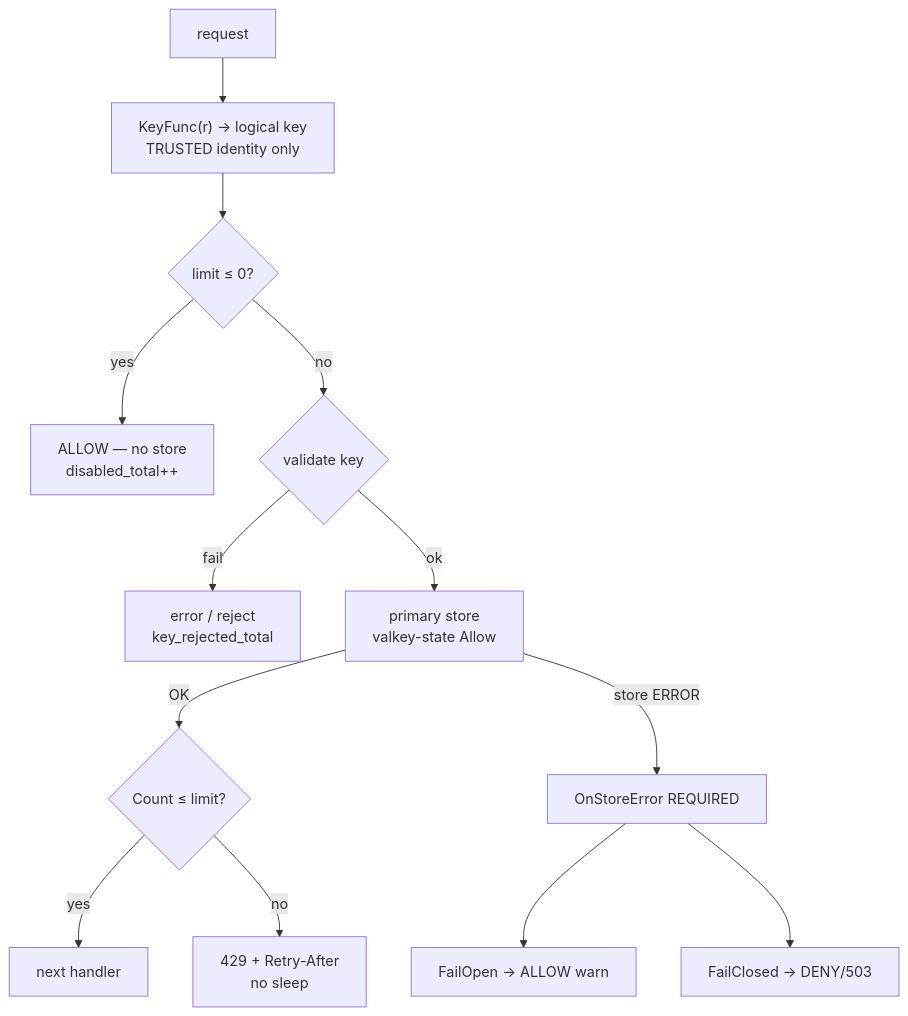
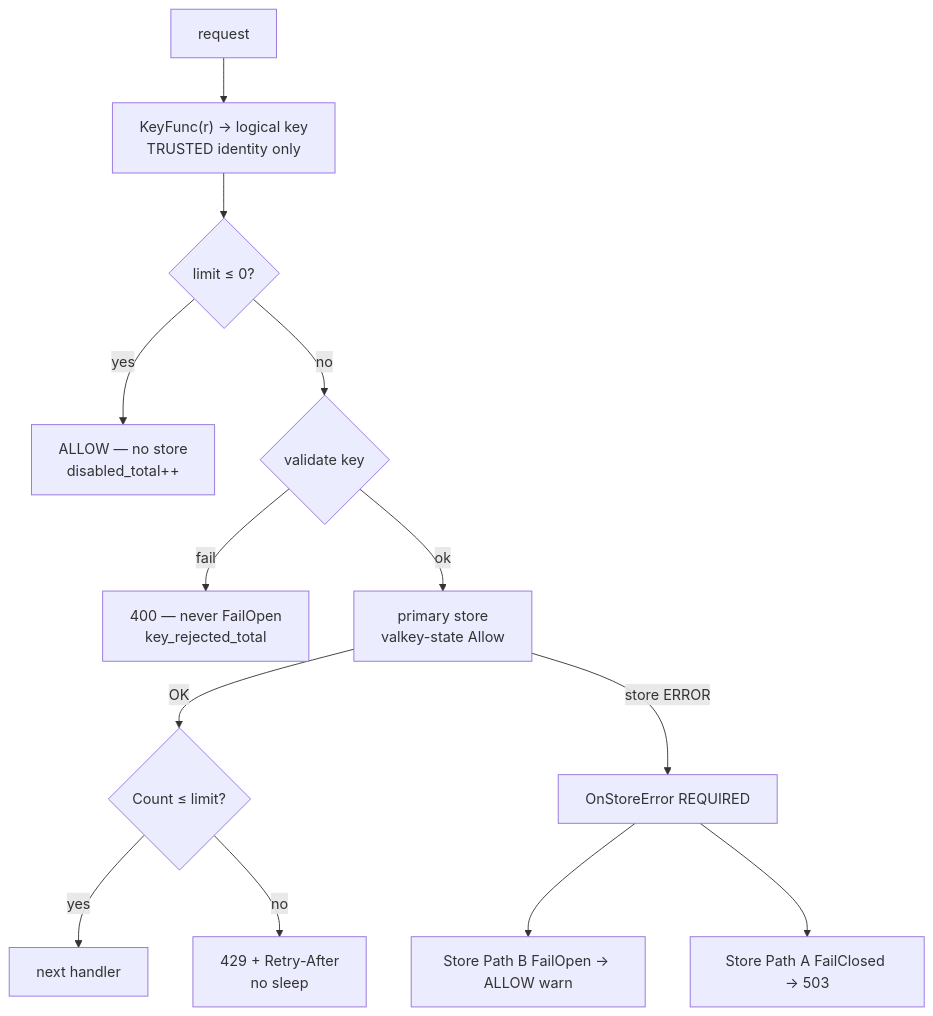
Before and after one commit to caerus-framework/caerus-framework-http-ratelimiter: the second of 4 diagrams in README.md, drawn with Mermaid. The commit also changed other lines of this file and 6 other files, not shown here.

Commit message:
docs, FailOpen policy (#12)

````diff
--- a/README.md
+++ b/README.md
@@ -68,15 +68,15 @@
 ```mermaid
 flowchart TD
   R[request] --> K["KeyFunc(r) → logical key<br/>TRUSTED identity only"]
   K --> L{limit ≤ 0?}
   L -->|yes| D["ALLOW — no store<br/>disabled_total++"]
   L -->|no| V{validate key}
-  V -->|fail| RJ["error / reject<br/>key_rejected_total"]
+  V -->|fail| RJ["400 — never FailOpen<br/>key_rejected_total"]
   V -->|ok| S["primary store<br/>valkey-state Allow"]
   S -->|OK| C{Count ≤ limit?}
   S -->|store ERROR| P["OnStoreError REQUIRED"]
   C -->|yes| N[next handler]
   C -->|no| DENY["429 + Retry-After<br/>no sleep"]
-  P --> FO[FailOpen → ALLOW warn]
-  P --> FC[FailClosed → DENY/503]
+  P --> FO["Store Path B FailOpen → ALLOW warn"]
+  P --> FC["Store Path A FailClosed → 503"]
 ```
````
